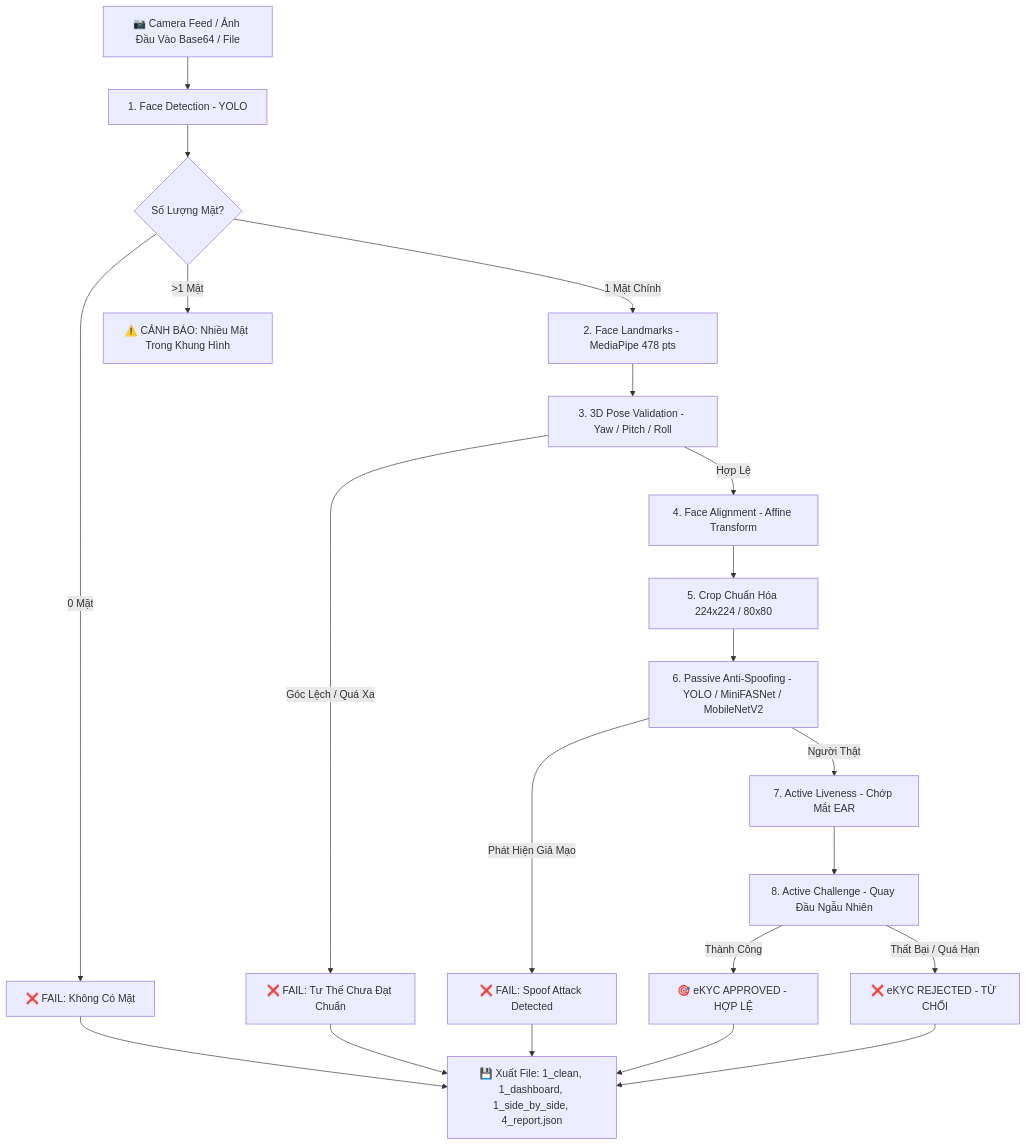
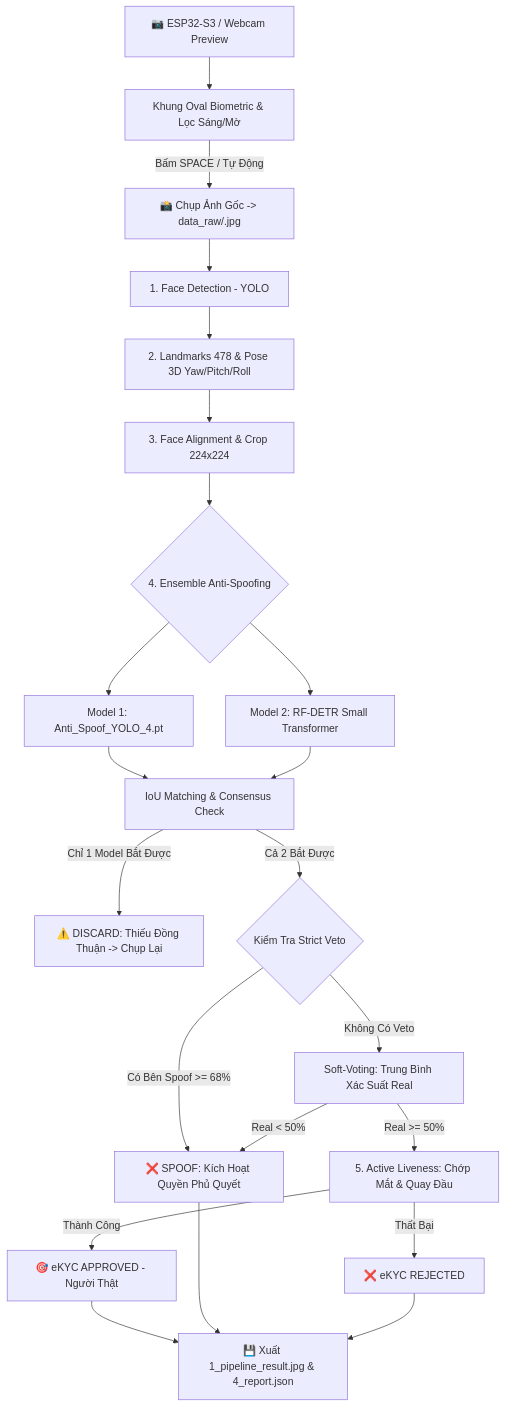
The diagram in README.md (GiantKy/Face_project), drawn with Mermaid before and after one commit. The commit also changed other lines of this file and 1 other file, not shown here.

Commit message:
docs: update README and TEST_NOTES with Google Drive models folder link and full ensemble documentation

````diff
--- a/README.md
+++ b/README.md
@@ -72,23 +88,21 @@
 ```mermaid
 flowchart TD
-    A[📷 Camera Feed / Ảnh Đầu Vào Base64 / File] --> B[1. Face Detection - YOLO]
-    B --> C{Số Lượng Mặt?}
-    C -->|0 Mặt| X1[❌ FAIL: Không Có Mặt]
-    C -->|>1 Mặt| X2[⚠️ CẢNH BÁO: Nhiều Mặt Trong Khung Hình]
-    C -->|1 Mặt Chính| D[2. Face Landmarks - MediaPipe 478 pts]
-    D --> E[3. 3D Pose Validation - Yaw / Pitch / Roll]
-    E -->|Góc Lệch / Quá Xa| X3[❌ FAIL: Tư Thế Chưa Đạt Chuẩn]
-    E -->|Hợp Lệ| F[4. Face Alignment - Affine Transform]
-    F --> G[5. Crop Chuẩn Hóa 224x224 / 80x80]
-    G --> H[6. Passive Anti-Spoofing - YOLO / MiniFASNet / MobileNetV2]
-    H -->|Phát Hiện Giả Mạo| X4[❌ FAIL: Spoof Attack Detected]
-    H -->|Người Thật| I[7. Active Liveness - Chớp Mắt EAR]
-    I --> J[8. Active Challenge - Quay Đầu Ngẫu Nhiên]
-    J -->|Thành Công| K[🎯 eKYC APPROVED - HỢP LỆ]
-    J -->|Thất Bại / Quá Hạn| X5[❌ eKYC REJECTED - TỪ CHỐI]
-    K --> L[💾 Xuất File: 1_clean, 1_dashboard, 1_side_by_side, 4_report.json]
-    X1 --> L
-    X3 --> L
-    X4 --> L
-    X5 --> L
+    A[📷 ESP32-S3 / Webcam Preview] --> B[Khung Oval Biometric & Lọc Sáng/Mờ]
+    B -->|Bấm SPACE / Tự Động| C[📸 Chụp Ảnh Gốc -> data_raw/<id>.jpg]
+    C --> D[1. Face Detection - YOLO]
+    D --> E[2. Landmarks 478 & Pose 3D Yaw/Pitch/Roll]
+    E --> F[3. Face Alignment & Crop 224x224]
+    F --> G{4. Ensemble Anti-Spoofing}
+    G --> G1[Model 1: Anti_Spoof_YOLO_4.pt]
+    G --> G2[Model 2: RF-DETR Small Transformer]
+    G1 & G2 --> H[IoU Matching & Consensus Check]
+    H -->|Chỉ 1 Model Bắt Được| X1[⚠️ DISCARD: Thiếu Đồng Thuận -> Chụp Lại]
+    H -->|Cả 2 Bắt Được| I{Kiểm Tra Strict Veto}
+    I -->|Có Bên Spoof >= 68%| X2[❌ SPOOF: Kích Hoạt Quyền Phủ Quyết]
+    I -->|Không Có Veto| J[Soft-Voting: Trung Bình Xác Suất Real]
+    J -->|Real >= 50%| K[5. Active Liveness: Chớp Mắt & Quay Đầu]
+    J -->|Real < 50%| X2
+    K -->|Thành Công| L[🎯 eKYC APPROVED - Người Thật]
+    K -->|Thất Bại| X3[❌ eKYC REJECTED]
+    L & X2 & X3 --> M[💾 Xuất 1_pipeline_result.jpg & 4_report.json]
 ```
````
